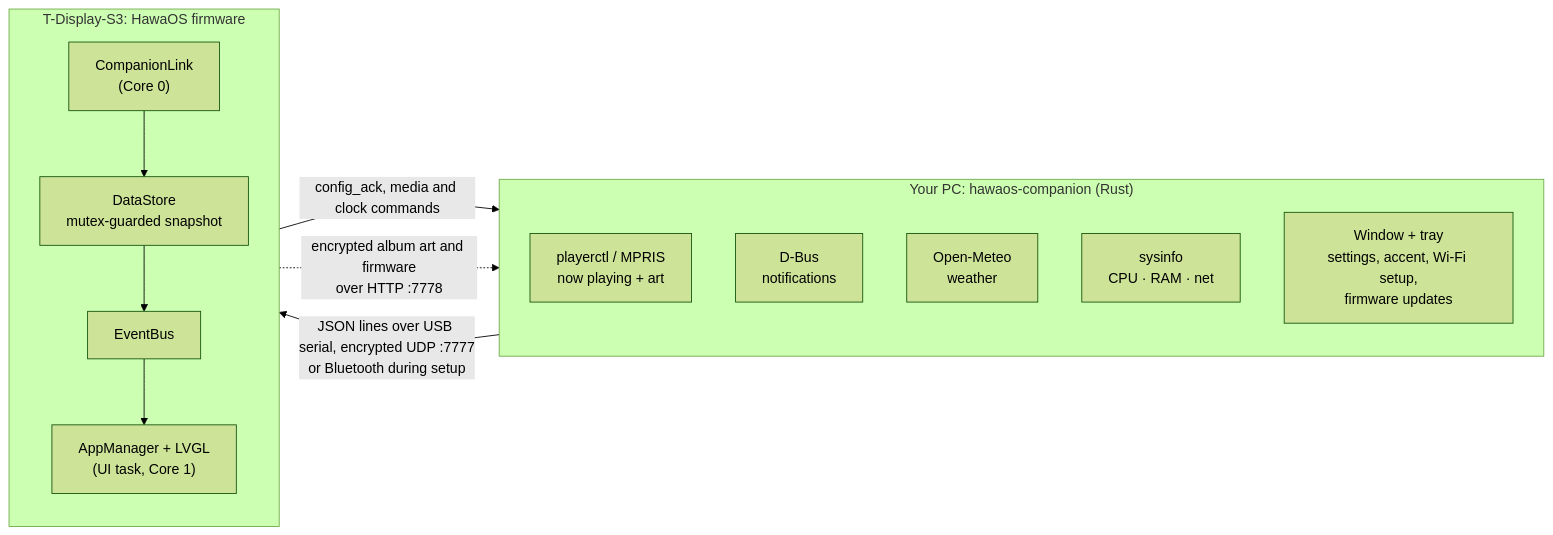
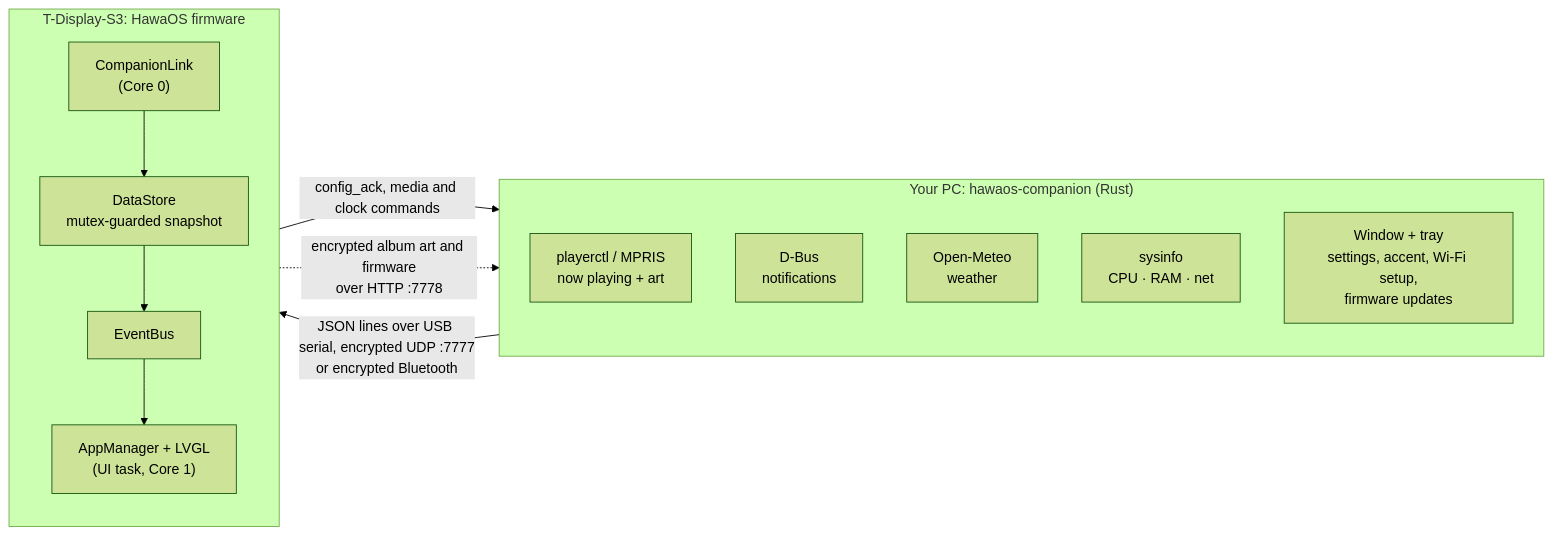
One commit to TheCodeHeist/hawaos-lilygo changed the diagram in README.md. Above: the diagram before and after it, drawn with Mermaid (forest theme). The commit also changed other lines of this file and 38 other files, not shown here.

````diff
--- a/README.md
+++ b/README.md
@@ -76,21 +76,21 @@
 ```mermaid
 flowchart LR
   subgraph PC["Your PC: hawaos-companion (Rust)"]
     direction TB
     MP["playerctl / MPRIS<br>now playing + art"]
     NT["D-Bus<br>notifications"]
     WX["Open-Meteo<br>weather"]
     SY["sysinfo<br>CPU · RAM · net"]
     UI["Window + tray<br>settings, accent, Wi-Fi setup,<br>firmware updates"]
   end
 
   subgraph DEV["T-Display-S3: HawaOS firmware"]
     direction TB
     CL["CompanionLink<br>(Core 0)"] --> DS["DataStore<br>mutex-guarded snapshot"]
     DS --> EB["EventBus"] --> AM["AppManager + LVGL<br>(UI task, Core 1)"]
   end
 
-  PC -- "JSON lines over USB serial, encrypted UDP :7777<br>or Bluetooth during setup" --> CL
+  PC -- "JSON lines over USB serial, encrypted UDP :7777<br>or encrypted Bluetooth" --> CL
   CL -- "config_ack, media and clock commands" --> PC
   DEV -. "encrypted album art and firmware<br>over HTTP :7778" .-> PC
 ```
````
